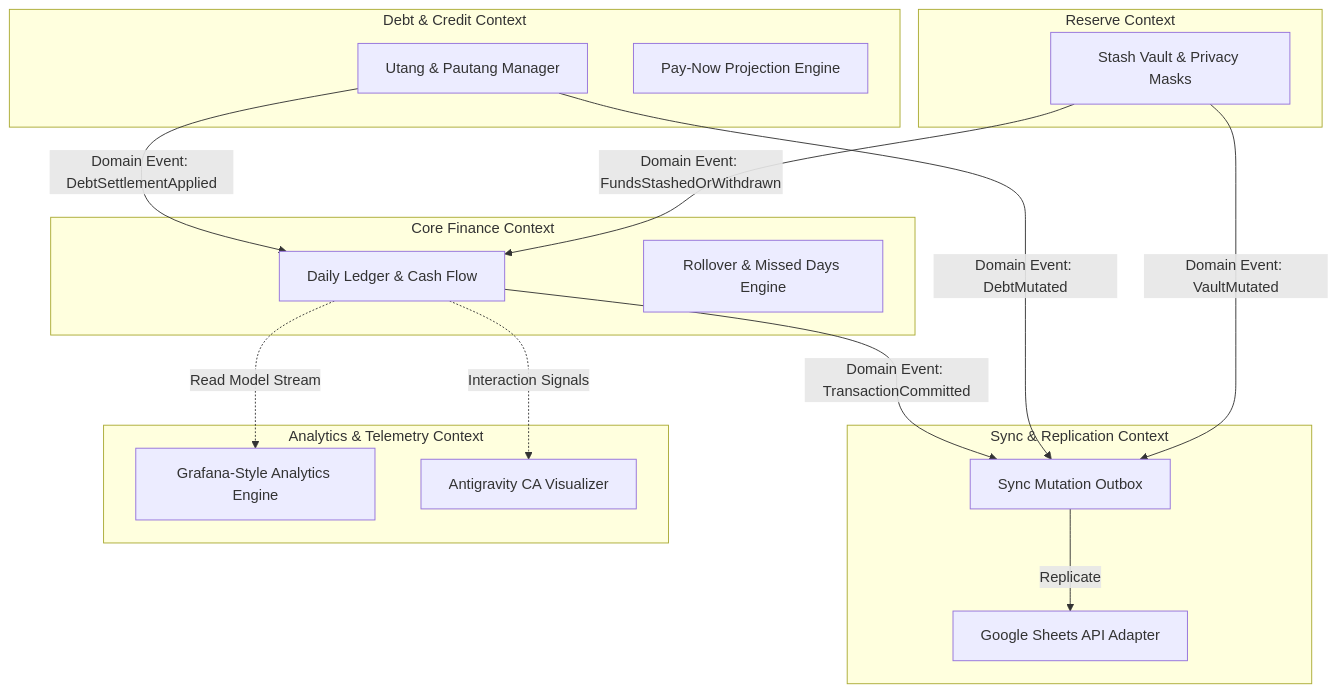
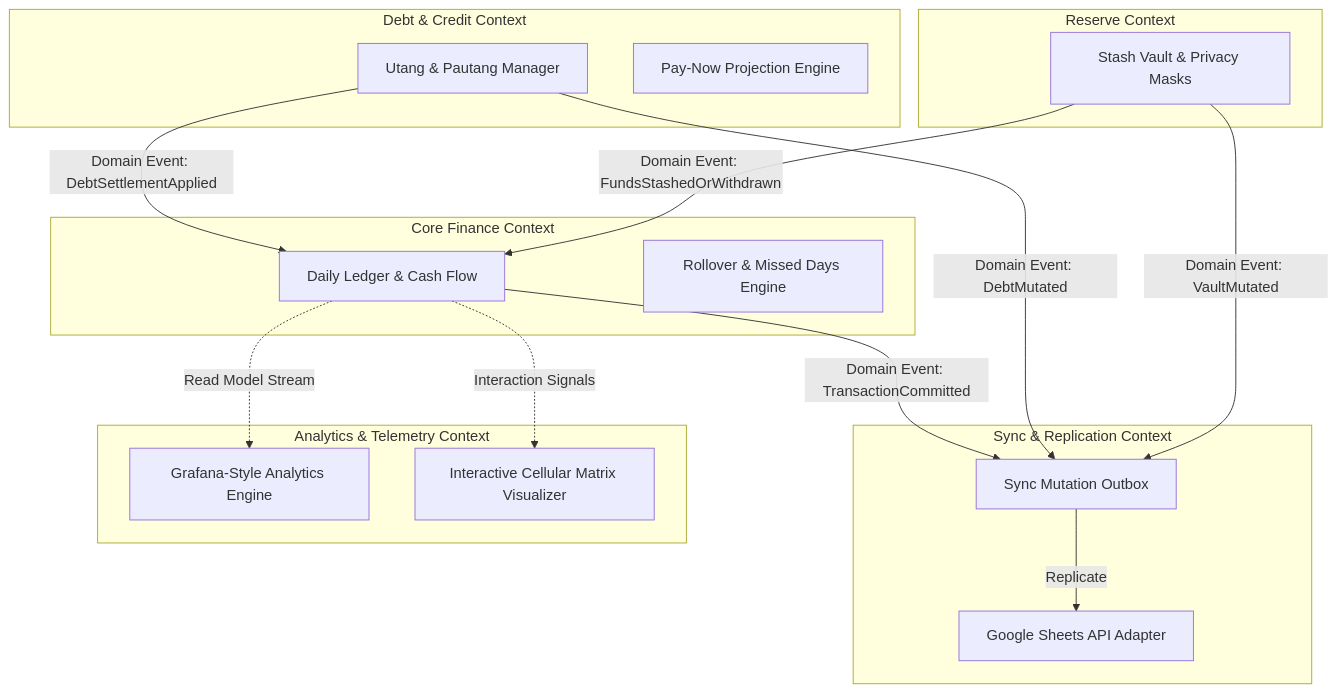
One commit to Team-Cla-Cla/Finance-Utang-Tracker changed the first of 2 diagrams in DDD.md. Above: the diagram before and after it, drawn with Mermaid. The commit also changed 5 other files, not shown here.

````diff
--- a/DDD.md
+++ b/DDD.md
@@ -75,35 +75,35 @@
 ```mermaid
 flowchart TD
     subgraph Core Finance Context
         DailyLedger[Daily Ledger & Cash Flow]
         RolloverEngine[Rollover & Missed Days Engine]
     end
 
     subgraph Debt & Credit Context
         DebtManager[Utang & Pautang Manager]
         PayNowEngine[Pay-Now Projection Engine]
     end
 
     subgraph Reserve Context
         StashVault[Stash Vault & Privacy Masks]
     end
 
     subgraph Sync & Replication Context
         OutboxQueue[Sync Mutation Outbox]
         SheetsAdapter[Google Sheets API Adapter]
     end
 
     subgraph Analytics & Telemetry Context
         TelemetryEngine[Grafana-Style Analytics Engine]
-        BiomorphicCanvas[Antigravity CA Visualizer]
+        BiomorphicCanvas[Interactive Cellular Matrix Visualizer]
     end
 
     DebtManager -->|Domain Event: DebtSettlementApplied| DailyLedger
     StashVault -->|Domain Event: FundsStashedOrWithdrawn| DailyLedger
     DailyLedger -->|Domain Event: TransactionCommitted| OutboxQueue
     DebtManager -->|Domain Event: DebtMutated| OutboxQueue
     StashVault -->|Domain Event: VaultMutated| OutboxQueue
     OutboxQueue -->|Replicate| SheetsAdapter
     DailyLedger -.->|Read Model Stream| TelemetryEngine
     DailyLedger -.->|Interaction Signals| BiomorphicCanvas
 ```
````
